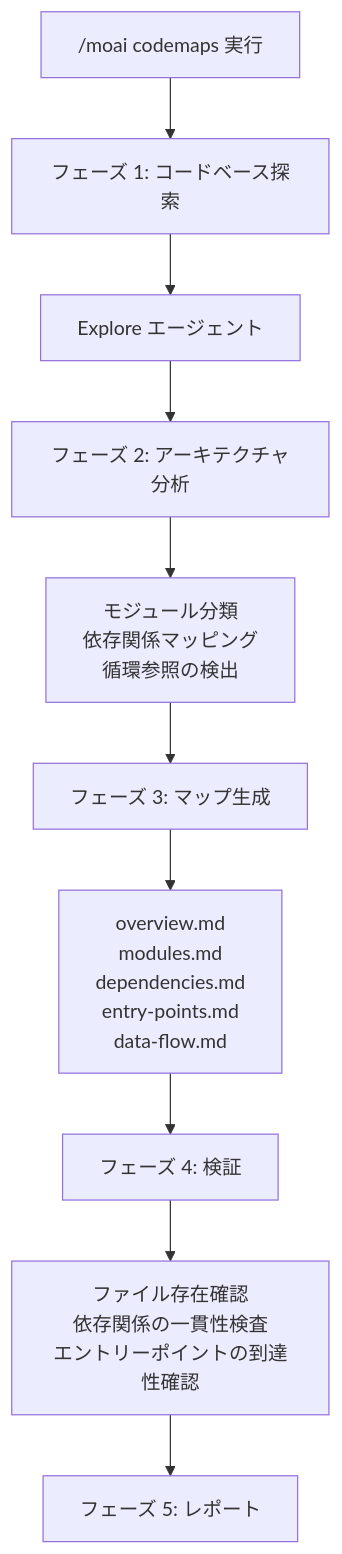
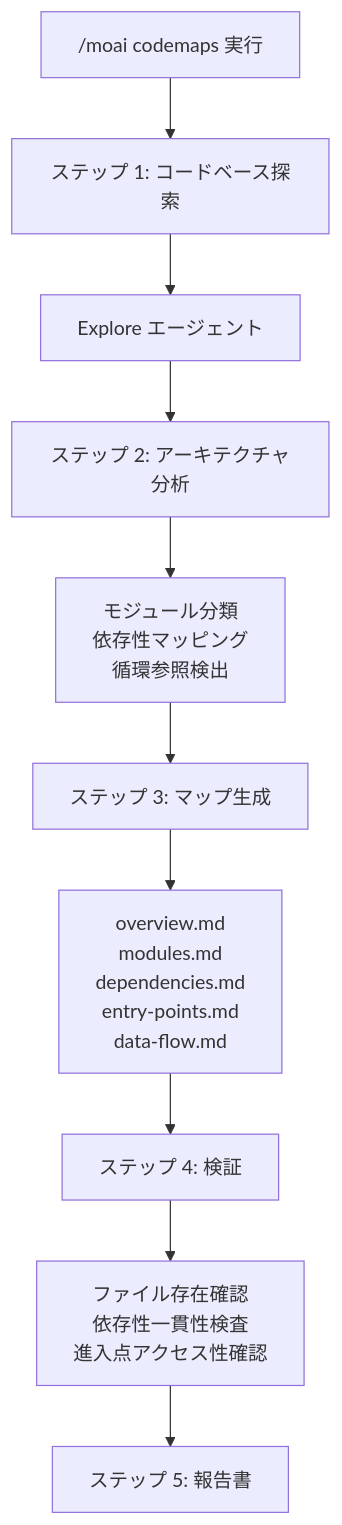
Before and after one commit to modu-ai/moai-adk: the first of 2 diagrams in docs-site/content/ja/utility-commands/moai-codemaps.md, drawn with Mermaid. The commit also changed other lines of this file and 180 other files, not shown here.

````diff
--- a/docs-site/content/ja/utility-commands/moai-codemaps.md
+++ b/docs-site/content/ja/utility-commands/moai-codemaps.md
@@ -91,16 +91,16 @@
 ```mermaid
 flowchart TD
-    Start["/moai codemaps 実行"] --> Phase1["フェーズ 1: コードベース探索"]
+    Start["/moai codemaps 実行"] --> Phase1["ステップ 1: コードベース探索"]
     Phase1 --> Explore["Explore エージェント"]
 
-    Explore --> Phase2["フェーズ 2: アーキテクチャ分析"]
-    Phase2 --> Analyze["モジュール分類<br/>依存関係マッピング<br/>循環参照の検出"]
+    Explore --> Phase2["ステップ 2: アーキテクチャ分析"]
+    Phase2 --> Analyze["モジュール分類<br/>依存性マッピング<br/>循環参照検出"]
 
-    Analyze --> Phase3["フェーズ 3: マップ生成"]
+    Analyze --> Phase3["ステップ 3: マップ生成"]
     Phase3 --> Generate["overview.md<br/>modules.md<br/>dependencies.md<br/>entry-points.md<br/>data-flow.md"]
 
-    Generate --> Phase4["フェーズ 4: 検証"]
-    Phase4 --> Verify["ファイル存在確認<br/>依存関係の一貫性検査<br/>エントリーポイントの到達性確認"]
+    Generate --> Phase4["ステップ 4: 検証"]
+    Phase4 --> Verify["ファイル存在確認<br/>依存性一貫性検査<br/>進入点アクセス性確認"]
 
-    Verify --> Phase5["フェーズ 5: レポート"]
+    Verify --> Phase5["ステップ 5: 報告書"]
 ```
````
